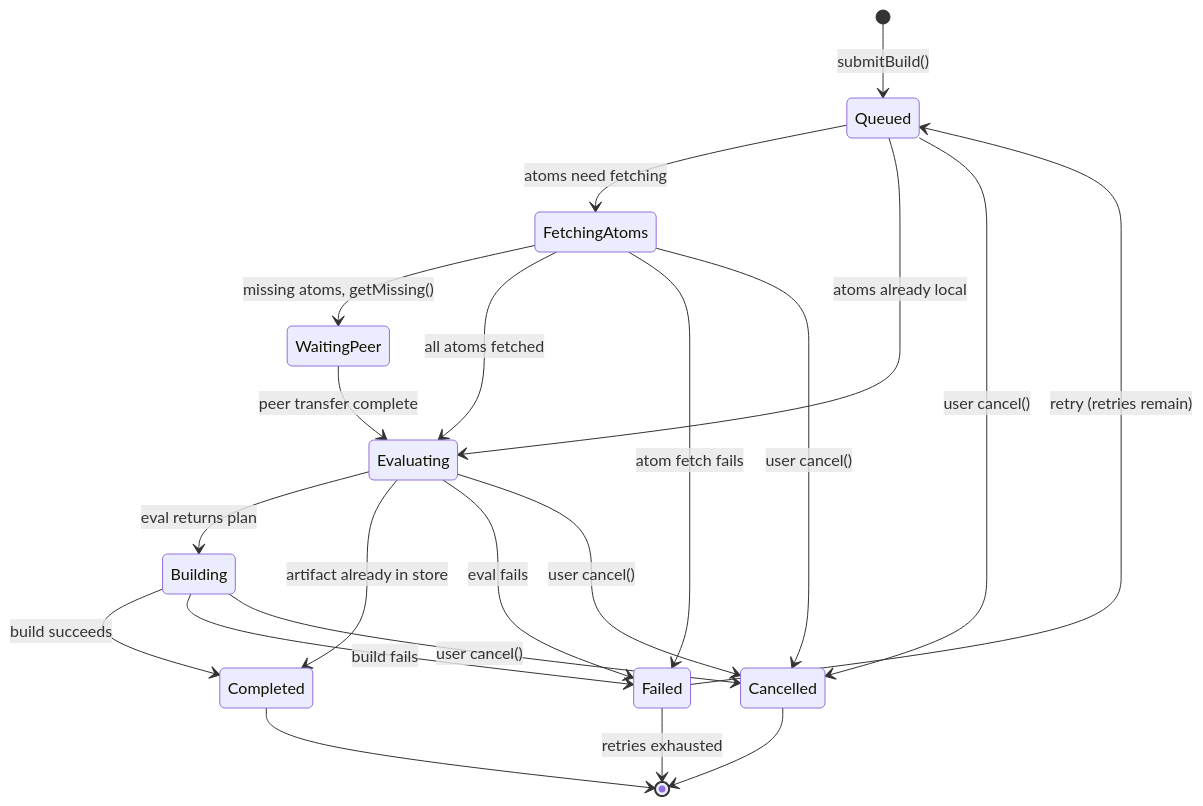
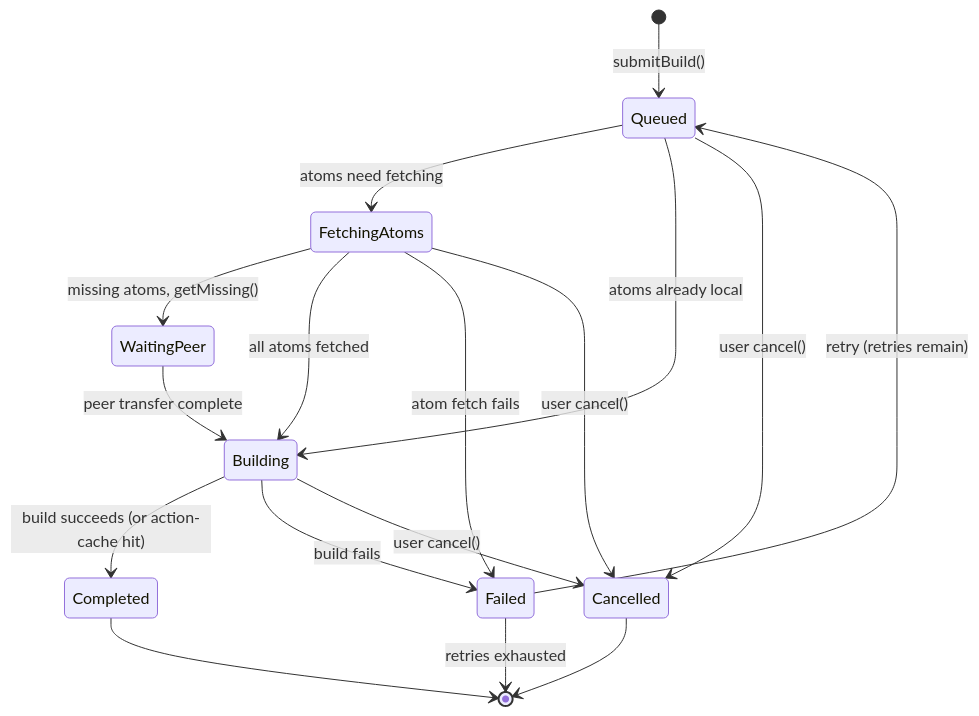
Before and after one commit to axiosoph/axios: the eighth of 9 diagrams in docs/architecture/eos-sad.md, drawn with Mermaid. The commit also changed other lines of this file, not shown here.

````diff
--- a/docs/architecture/eos-sad.md
+++ b/docs/architecture/eos-sad.md
@@ -515,23 +503,19 @@
 ```mermaid
 stateDiagram-v2
     [*] --> Queued: submitBuild()
     Queued --> FetchingAtoms: atoms need fetching
-    Queued --> Evaluating: atoms already local
+    Queued --> Building: atoms already local
     FetchingAtoms --> WaitingPeer: missing atoms, getMissing()
-    FetchingAtoms --> Evaluating: all atoms fetched
-    WaitingPeer --> Evaluating: peer transfer complete
-    Evaluating --> Building: eval returns plan
-    Evaluating --> Completed: artifact already in store
-    Building --> Completed: build succeeds
+    FetchingAtoms --> Building: all atoms fetched
+    WaitingPeer --> Building: peer transfer complete
+    Building --> Completed: build succeeds (or action-cache hit)
     Building --> Failed: build fails
-    Evaluating --> Failed: eval fails
     FetchingAtoms --> Failed: atom fetch fails
     Queued --> Cancelled: user cancel()
     FetchingAtoms --> Cancelled: user cancel()
-    Evaluating --> Cancelled: user cancel()
     Building --> Cancelled: user cancel()
     Failed --> Queued: retry (retries remain)
     Failed --> [*]: retries exhausted
     Completed --> [*]
     Cancelled --> [*]
 ```
````
